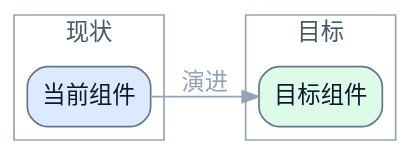
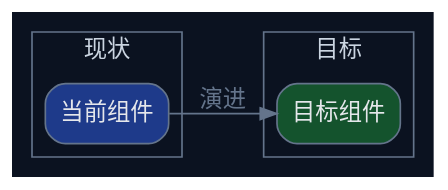
Before and after one commit to terencefan/inority-workspace: the diagram in skills/draw-dot/tests/assets/reference.md, drawn with Graphviz. The commit also changed 45 other files, not shown here.

````diff
--- a/skills/draw-dot/tests/assets/reference.md
+++ b/skills/draw-dot/tests/assets/reference.md
@@ -3,23 +3,23 @@
 ```dot
 digraph G {
-  graph [fontname="Noto Sans CJK SC", rankdir=LR, bgcolor="transparent"];
-  node [fontname="Noto Sans CJK SC", shape=box, style="rounded,filled", color="#64748b", fontcolor="#0f172a", fillcolor="#f8fafc"];
-  edge [fontname="Noto Sans CJK SC", color="#94a3b8", fontcolor="#94a3b8"];
+  graph [fontname="Noto Sans CJK SC", rankdir=LR, bgcolor="#0b1220"];
+  node [fontname="Noto Sans CJK SC", shape=box, style="rounded,filled", color="#64748b", fontcolor="#e5e7eb", fillcolor="#0f172a"];
+  edge [fontname="Noto Sans CJK SC", color="#64748b", fontcolor="#64748b"];
 
   subgraph cluster_current {
     label="现状";
-    color="#94a3b8";
-    fontcolor="#475569";
-    current [label="当前组件", fillcolor="#dbeafe"];
+    color="#64748b";
+    fontcolor="#cbd5e1";
+    current [label="当前组件", fillcolor="#1e3a8a"];
   }
 
   subgraph cluster_target {
     label="目标";
-    color="#94a3b8";
-    fontcolor="#475569";
-    target [label="目标组件", fillcolor="#dcfce7"];
+    color="#64748b";
+    fontcolor="#cbd5e1";
+    target [label="目标组件", fillcolor="#14532d"];
   }
 
   current -> target [label="演进"];
 }
 ```
````
